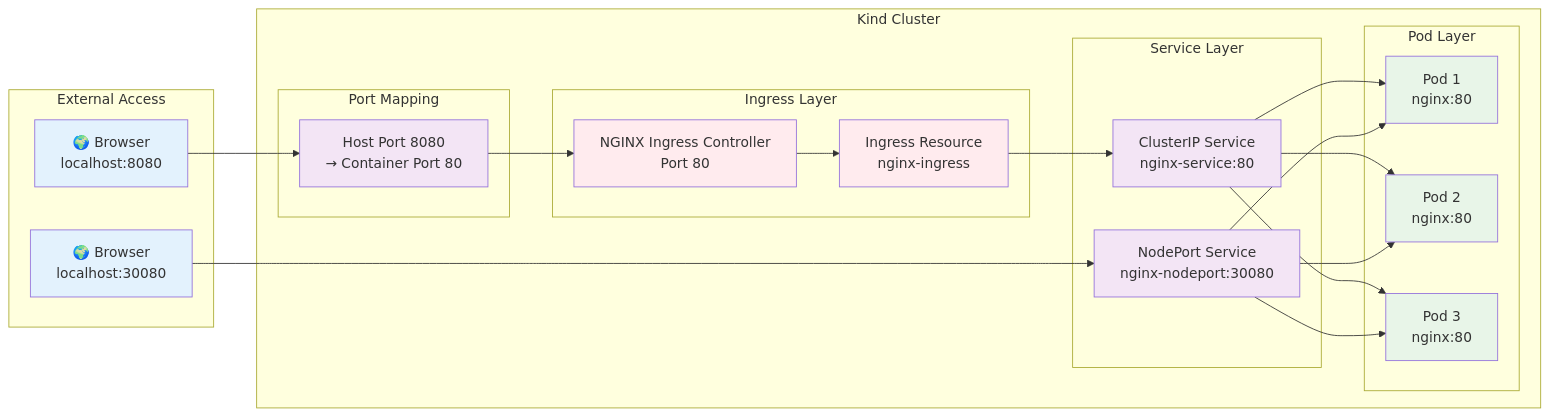
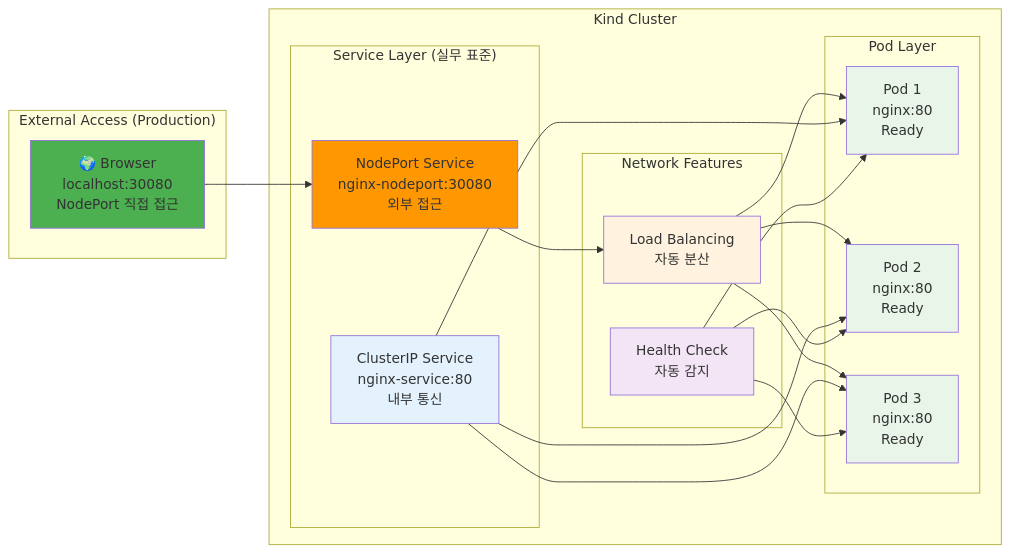
Before and after one commit to niceguy61/kdt_devops_lecture_2025: the fourth of 6 diagrams in theory/week_02/day4/lab_1.md, drawn with Mermaid. The commit also changed other lines of this file and 6 other files, not shown here.

````diff
--- a/theory/week_02/day4/lab_1.md
+++ b/theory/week_02/day4/lab_1.md
@@ -487,54 +500,47 @@
 ```mermaid
 graph LR
-    subgraph "External Access"
-        BROWSER[🌍 Browser<br/>localhost:8080]
-        BROWSER2[🌍 Browser<br/>localhost:30080]
+    subgraph "External Access (Production)"
+        BROWSER[🌍 Browser<br/>localhost:30080<br/>NodePort 직접 접근]
     end
     
     subgraph "Kind Cluster"
-        subgraph "Port Mapping"
-            PORT_MAP[Host Port 8080<br/>→ Container Port 80]
-        end
-        
-        subgraph "Ingress Layer"
-            INGRESS_CTRL[NGINX Ingress Controller<br/>Port 80]
-            INGRESS[Ingress Resource<br/>nginx-ingress]
-        end
-        
-        subgraph "Service Layer"
-            SVC[ClusterIP Service<br/>nginx-service:80]
-            NODEPORT[NodePort Service<br/>nginx-nodeport:30080]
+        subgraph "Service Layer (실무 표준)"
+            SVC[ClusterIP Service<br/>nginx-service:80<br/>내부 통신]
+            NODEPORT[NodePort Service<br/>nginx-nodeport:30080<br/>외부 접근]
         end
         
         subgraph "Pod Layer"
-            POD1[Pod 1<br/>nginx:80]
-            POD2[Pod 2<br/>nginx:80]
-            POD3[Pod 3<br/>nginx:80]
+            POD1[Pod 1<br/>nginx:80<br/>Ready]
+            POD2[Pod 2<br/>nginx:80<br/>Ready]
+            POD3[Pod 3<br/>nginx:80<br/>Ready]
+        end
+        
+        subgraph "Network Features"
+            LB[Load Balancing<br/>자동 분산]
+            HC[Health Check<br/>자동 감지]
         end
     end
     
-    BROWSER --> PORT_MAP
-    PORT_MAP --> INGRESS_CTRL
-    INGRESS_CTRL --> INGRESS
-    INGRESS --> SVC
-    
-    BROWSER2 --> NODEPORT
+    BROWSER --> NODEPORT
+    NODEPORT --> LB
+    LB --> POD1
+    LB --> POD2
+    LB --> POD3
     
     SVC --> POD1
     SVC --> POD2
     SVC --> POD3
-    NODEPORT --> POD1
-    NODEPORT --> POD2
-    NODEPORT --> POD3
     
-    style BROWSER fill:#e3f2fd
-    style BROWSER2 fill:#e3f2fd
-    style PORT_MAP fill:#f3e5f5
-    style INGRESS_CTRL fill:#ffebee
-    style INGRESS fill:#ffebee
-    style SVC fill:#f3e5f5
-    style NODEPORT fill:#f3e5f5
+    HC --> POD1
+    HC --> POD2
+    HC --> POD3
+    
+    style BROWSER fill:#4caf50
+    style SVC fill:#e3f2fd
+    style NODEPORT fill:#ff9800
     style POD1 fill:#e8f5e8
     style POD2 fill:#e8f5e8
     style POD3 fill:#e8f5e8
+    style LB fill:#fff3e0
+    style HC fill:#f3e5f5
 ```
````
